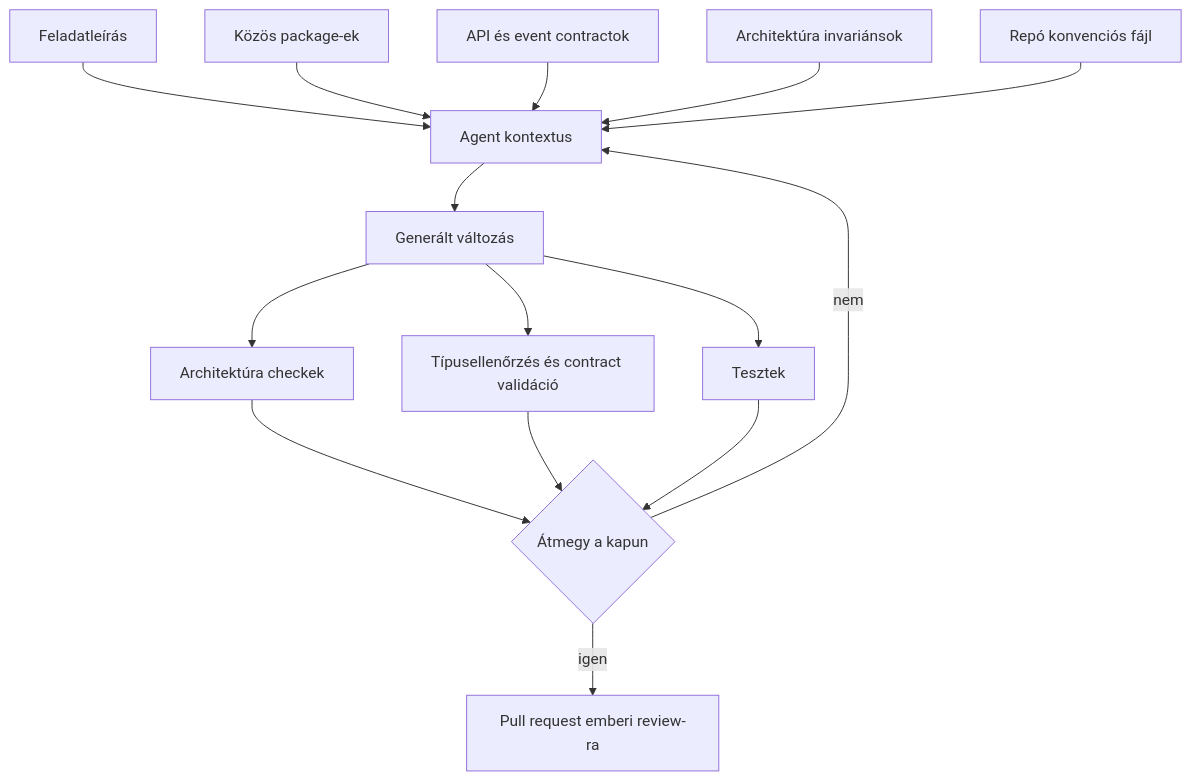
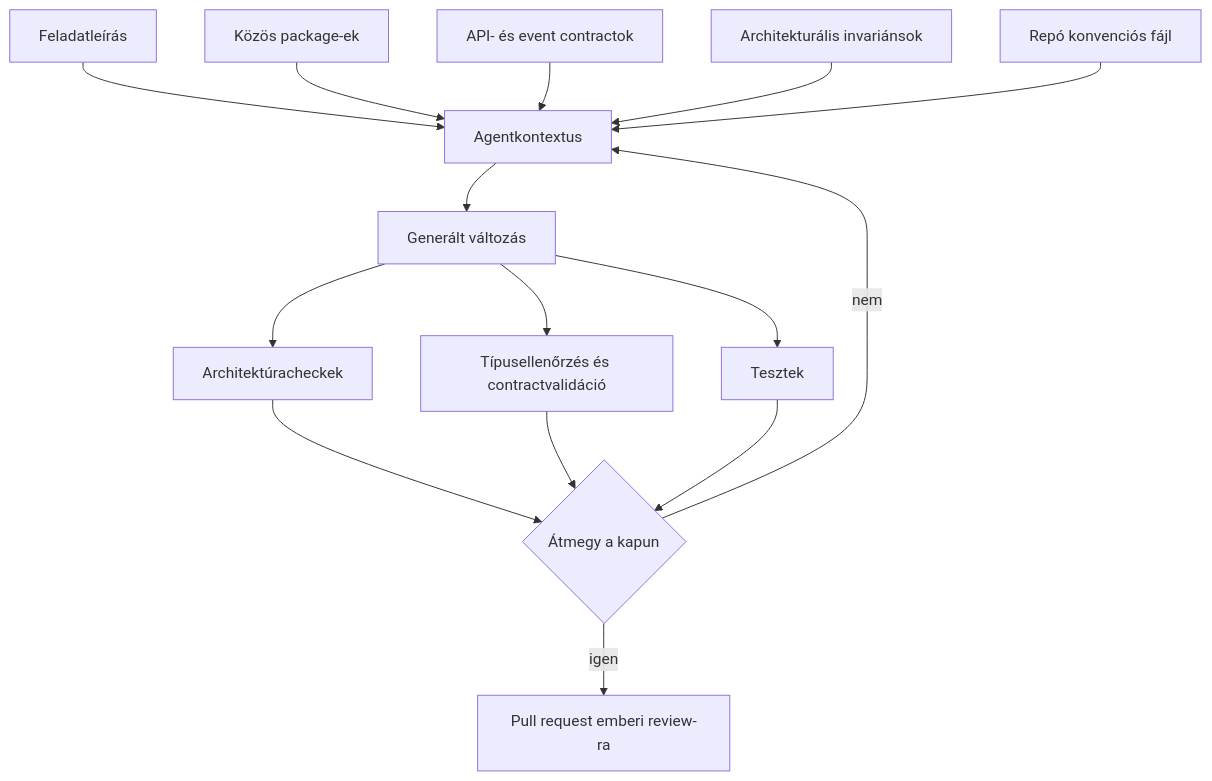
Before and after one commit to monad-systems/monad.hu: the first of 2 diagrams in posts/hu/building-blocks-ai-native-development.md, drawn with Mermaid. The commit also changed other lines of this file and 8 other files, not shown here.

````diff
--- a/posts/hu/building-blocks-ai-native-development.md
+++ b/posts/hu/building-blocks-ai-native-development.md
@@ -99,17 +99,17 @@
 ```mermaid
 flowchart TD
-    A[Feladatleírás] --> Z[Agent kontextus]
+    A[Feladatleírás] --> Z[Agentkontextus]
     B[Közös package-ek] --> Z
-    C[API és event contractok] --> Z
-    D[Architektúra invariánsok] --> Z
+    C[API- és event contractok] --> Z
+    D[Architekturális invariánsok] --> Z
     E[Repó konvenciós fájl] --> Z
     Z --> F[Generált változás]
-    F --> G[Architektúra checkek]
-    F --> H[Típusellenőrzés és contract validáció]
+    F --> G[Architektúracheckek]
+    F --> H[Típusellenőrzés és contractvalidáció]
     F --> I[Tesztek]
     G --> J{Átmegy a kapun}
     H --> J
     I --> J
     J -->|nem| Z
     J -->|igen| K[Pull request emberi review-ra]
 ```
````
